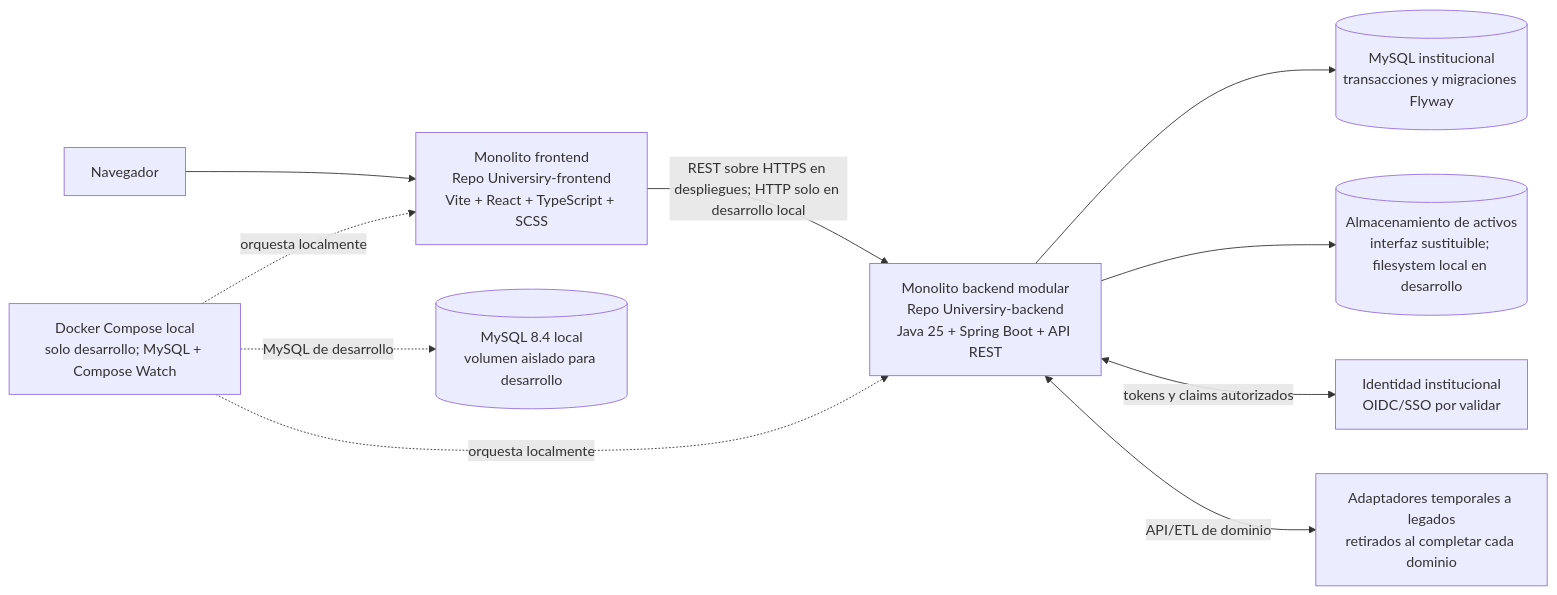
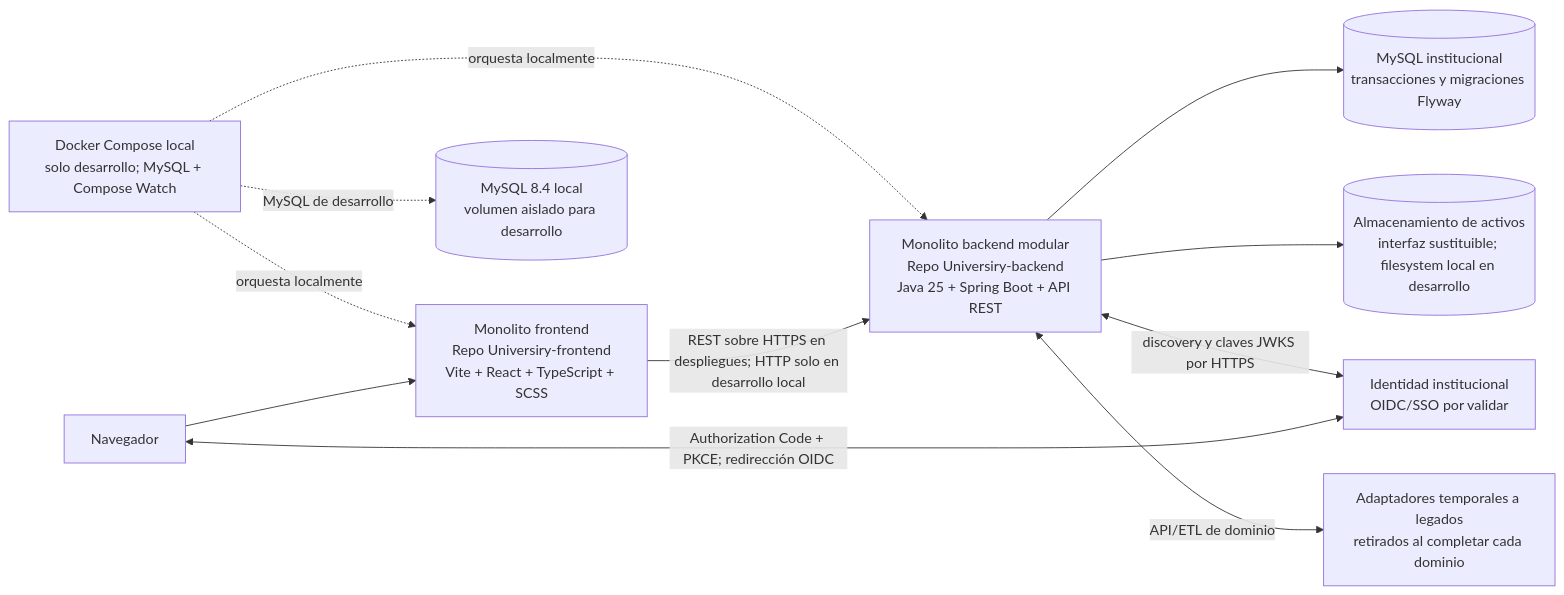
One commit to jdsalasca/open-university-backend changed the second of 3 diagrams in docs/architecture/c4.md. Above: the diagram before and after it, drawn with Mermaid. The commit also changed other lines of this file and 16 other files, not shown here.

````diff
--- a/docs/architecture/c4.md
+++ b/docs/architecture/c4.md
@@ -38,22 +38,23 @@
 ```mermaid
 flowchart LR
   Browser[Navegador]
   Frontend[Monolito frontend\nRepo Universiry-frontend\nVite + React + TypeScript + SCSS]
   Backend[Monolito backend modular\nRepo Universiry-backend\nJava 25 + Spring Boot + API REST]
   DB[(MySQL institucional\ntransacciones y migraciones Flyway)]
   DevDB[(MySQL 8.4 local\nvolumen aislado para desarrollo)]
   Assets[(Almacenamiento de activos\ninterfaz sustituible; filesystem local en desarrollo)]
   IdP[Identidad institucional\nOIDC/SSO por validar]
   Legacy[Adaptadores temporales a legados\nretirados al completar cada dominio]
   DevCompose[Docker Compose local\nsolo desarrollo; MySQL + Compose Watch]
 
   Browser --> Frontend
   Frontend -->|REST sobre HTTPS en despliegues; HTTP solo en desarrollo local| Backend
+  Browser <-->|Authorization Code + PKCE; redirección OIDC| IdP
   Backend --> DB
   Backend --> Assets
-  Backend <-->|tokens y claims autorizados| IdP
+  Backend <-->|discovery y claves JWKS por HTTPS| IdP
   Backend <-->|API/ETL de dominio| Legacy
   DevCompose -. orquesta localmente .-> Frontend
   DevCompose -. orquesta localmente .-> Backend
   DevCompose -. MySQL de desarrollo .-> DevDB
 ```
````
